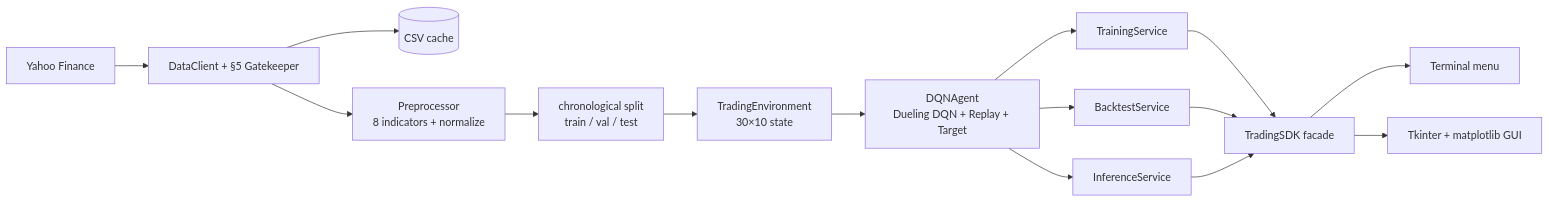
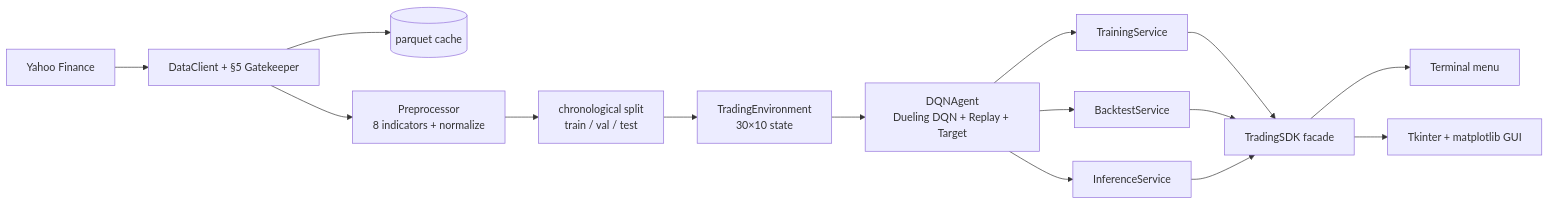
Before and after one commit to adirelm/StockTradingDQN: the first of 3 diagrams in README.md, drawn with Mermaid. The commit also changed other lines of this file and 52 other files, not shown here.

````diff
--- a/README.md
+++ b/README.md
@@ -42,17 +44,17 @@
 ```mermaid
 flowchart LR
   YF[Yahoo Finance] --> DC[DataClient + §5 Gatekeeper]
-  DC --> CSV[(CSV cache)]
+  DC --> PQ[(parquet cache)]
   DC --> PP[Preprocessor<br/>8 indicators + normalize]
   PP --> SP[chronological split<br/>train / val / test]
   SP --> ENV[TradingEnvironment<br/>30×10 state]
   ENV --> AG[DQNAgent<br/>Dueling DQN + Replay + Target]
   AG --> TR[TrainingService]
   AG --> BT[BacktestService]
   AG --> INF[InferenceService]
   TR --> SDK[TradingSDK facade]
   BT --> SDK
   INF --> SDK
   SDK --> CLI[Terminal menu]
   SDK --> GUI[Tkinter + matplotlib GUI]
 ```
````
